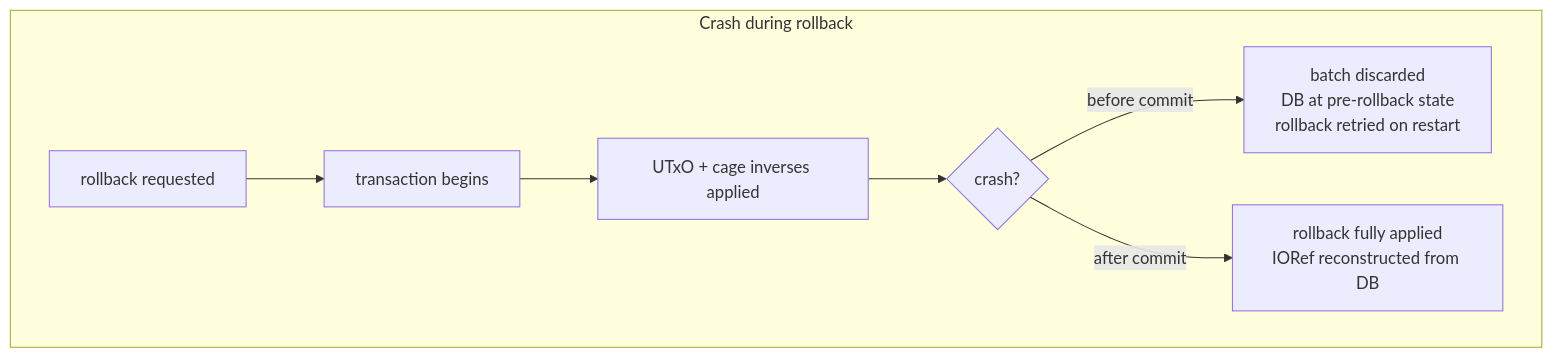
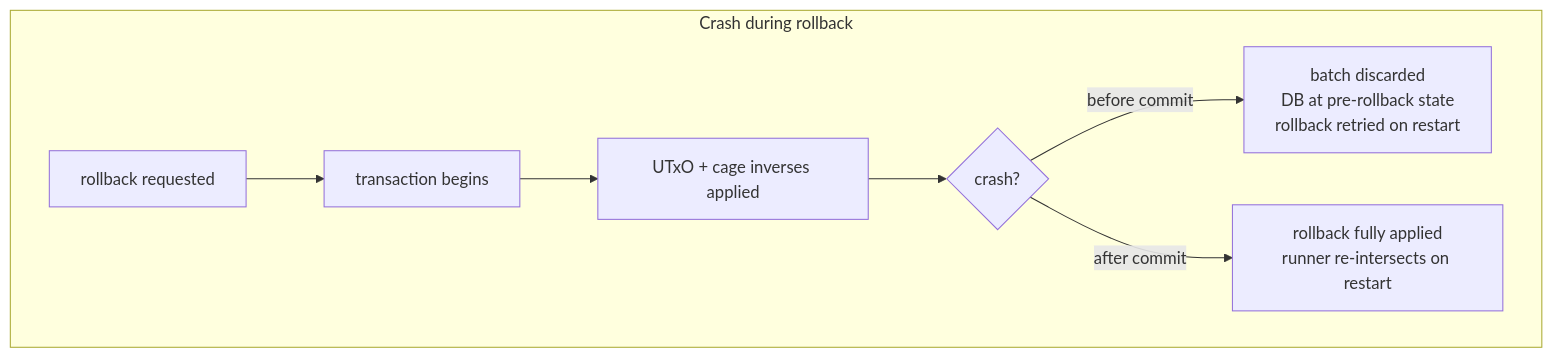
The fifth of 7 diagrams in docs/architecture/block-processing.md (lambdasistemi/cardano-mpfs-offchain), drawn with Mermaid before and after one commit. The commit also changed other lines of this file and 5 other files, not shown here.

````diff
--- a/docs/architecture/block-processing.md
+++ b/docs/architecture/block-processing.md
@@ -183,10 +179,10 @@
 ```mermaid
 graph TD
     subgraph "Crash during rollback"
         A["rollback requested"] --> B["transaction begins"]
         B --> C["UTxO + cage inverses applied"]
         C --> D{"crash?"}
         D -->|before commit| E["batch discarded<br/>DB at pre-rollback state<br/>rollback retried on restart"]
-        D -->|after commit| F["rollback fully applied<br/>IORef reconstructed from DB"]
+        D -->|after commit| F["rollback fully applied<br/>runner re-intersects on restart"]
     end
 ```
````
